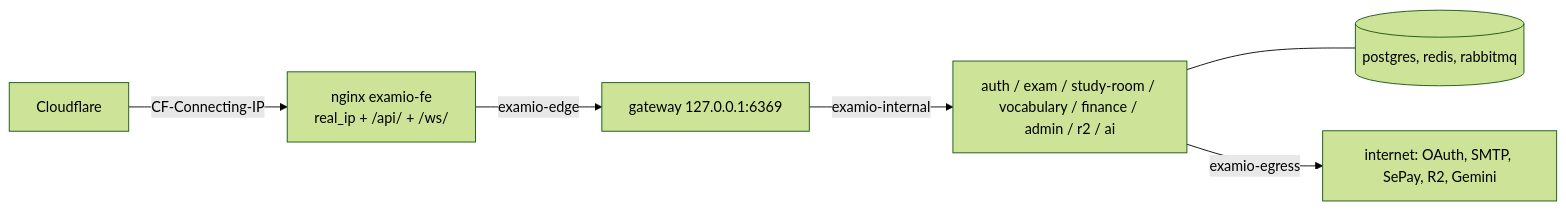
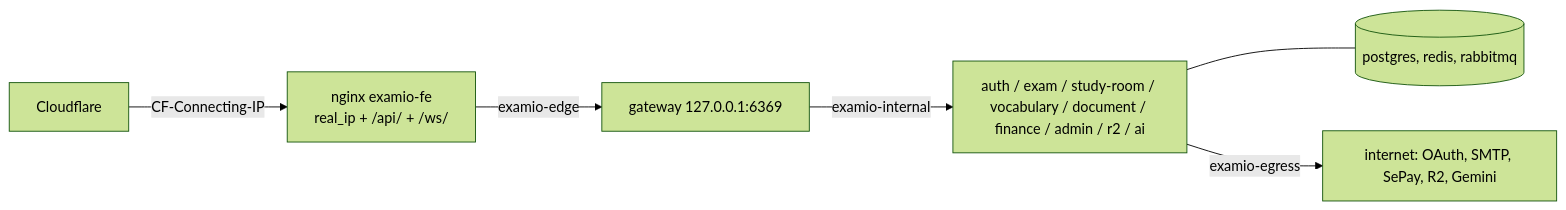
Before and after one commit to tgiap04/examio: the ninth of 9 diagrams in docs/system/architecture.md, drawn with Mermaid (forest theme). The commit also changed other lines of this file and 15 other files, not shown here.

First line of the commit message:
docs: document the document service, ai schema and generation jobs

````diff
--- a/docs/system/architecture.md
+++ b/docs/system/architecture.md
@@ -520,8 +544,8 @@
 ```mermaid
 graph LR
     CF[Cloudflare] -->|CF-Connecting-IP| NGX[nginx examio-fe<br/>real_ip + /api/ + /ws/]
     NGX -->|examio-edge| GW[gateway 127.0.0.1:6369]
-    GW -->|examio-internal| SVC[auth / exam / study-room / vocabulary / finance / admin / r2 / ai]
+    GW -->|examio-internal| SVC[auth / exam / study-room / vocabulary / document / finance / admin / r2 / ai]
     SVC --- DATA[(postgres, redis, rabbitmq)]
     SVC -->|examio-egress| NET[internet: OAuth, SMTP, SePay, R2, Gemini]
 ```
````
